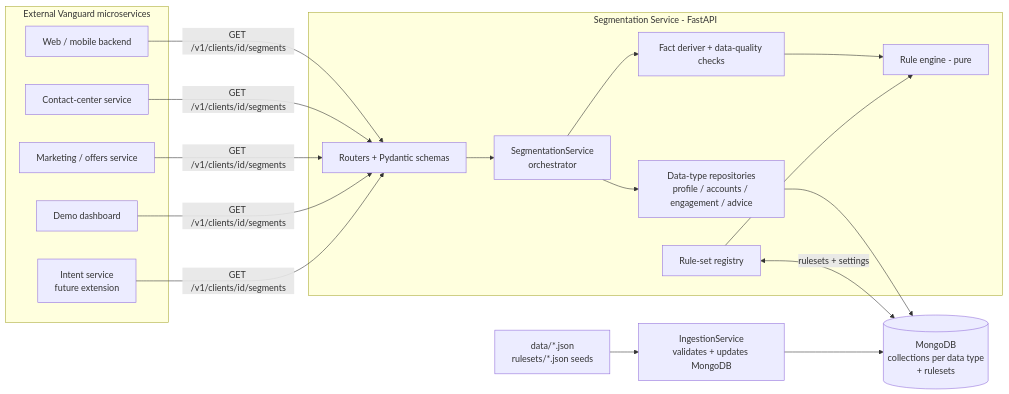
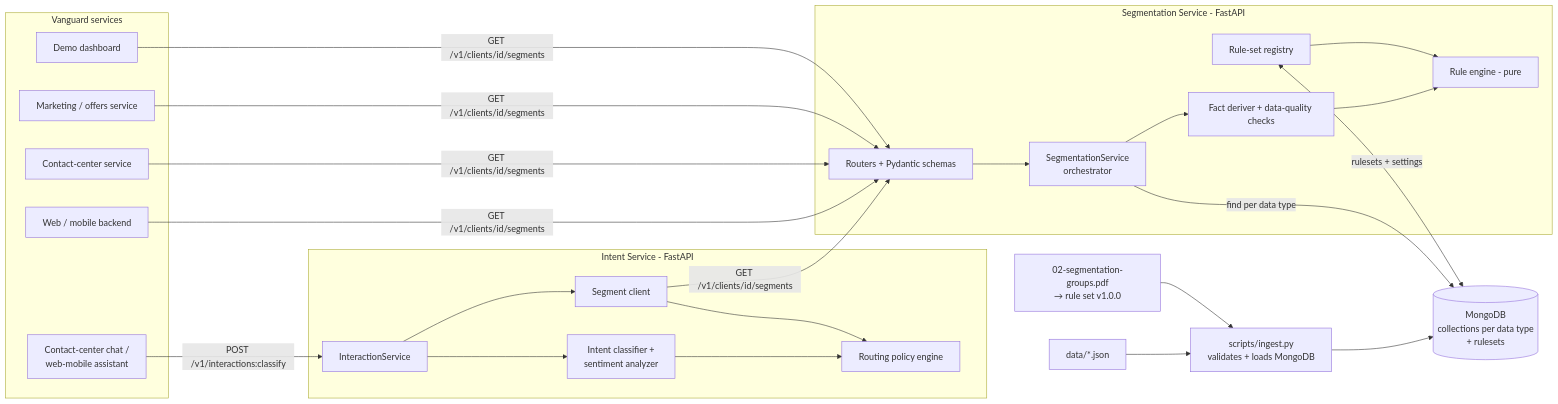
One commit to JustinGarvida/vanguard-css changed the first of 4 diagrams in docs/03-service-design.md. Above: the diagram before and after it, drawn with Mermaid. The commit also changed other lines of this file and 5 other files, not shown here.

First line of the commit message:
docs: revised architecture (intent service wired in, no repositories, ingest script) (#9)

````diff
--- a/docs/03-service-design.md
+++ b/docs/03-service-design.md
@@ -44,30 +46,41 @@
 ```mermaid
 flowchart LR
-    subgraph Consumers[External Vanguard microservices]
+    subgraph Consumers[Vanguard services]
+        CH[Contact-center chat /<br/>web-mobile assistant]
         MS1[Web / mobile backend]
         MS2[Contact-center service]
         MS3[Marketing / offers service]
         DASH[Demo dashboard]
-        INT[Intent service<br/>future extension]
+    end
+
+    CH -->|POST /v1/interactions:classify| INT
+
+    subgraph IS[Intent Service - FastAPI]
+        INT[InteractionService]
+        CLS[Intent classifier +<br/>sentiment analyzer]
+        SC[Segment client]
+        RP[Routing policy engine]
     end
 
     subgraph CSS[Segmentation Service - FastAPI]
         API[Routers + Pydantic schemas]
         SVC[SegmentationService<br/>orchestrator]
-        REPO[Data-type repositories<br/>profile / accounts / engagement / advice]
         FACT[Fact deriver + data-quality checks]
         ENG[Rule engine - pure]
         RSR[Rule-set registry]
     end
 
     DB[(MongoDB<br/>collections per data type<br/>+ rulesets)]
-    ING[IngestionService<br/>validates + updates MongoDB]
-    SRC[data/*.json<br/>rulesets/*.json seeds]
+    ING[scripts/ingest.py<br/>validates + loads MongoDB]
+    SRC[data/*.json]
+    PDF[02-segmentation-groups.pdf<br/>→ rule set v1.0.0]
 
-    MS1 & MS2 & MS3 & DASH & INT -->|GET /v1/clients/id/segments| API
-    API --> SVC --> REPO --> DB
+    INT --> CLS & SC
+    CLS & SC --> RP
+    MS1 & MS2 & MS3 & DASH & SC -->|GET /v1/clients/id/segments| API
+    API --> SVC -->|find per data type| DB
     SVC --> FACT --> ENG
     RSR --> ENG
     RSR <-->|rulesets + settings| DB
-    SRC --> ING --> DB
+    SRC & PDF --> ING --> DB
 ```
````
